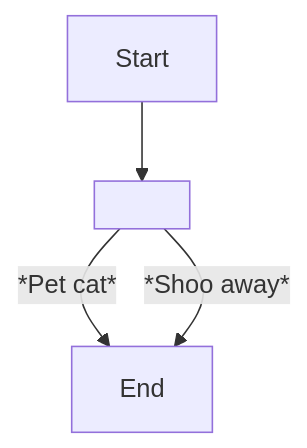
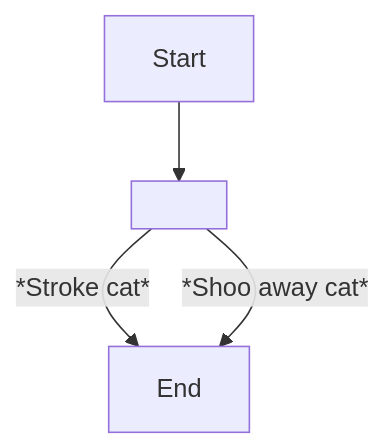
Before and after one commit to SoftHu/tos_avg: the diagram in En/QuestTalkObjectiveNode_1768531991733143.md, drawn with Mermaid. The commit also changed 312 other files, not shown here.

````diff
--- a/En/QuestTalkObjectiveNode_1768531991733143.md
+++ b/En/QuestTalkObjectiveNode_1768531991733143.md
@@ -1,7 +1,7 @@
 ```mermaid
 graph
 Start -->1768532094569370[ ]
-1768532094569370 -->|*Pet cat*|1768540116414340[End]
-1768532094569370 -->|*Shoo away*|1768540116414340[End]
+1768532094569370 -->|*Stroke cat*|1768540116414340[End]
+1768532094569370 -->|*Shoo away cat*|1768540116414340[End]
 
  ```
````
